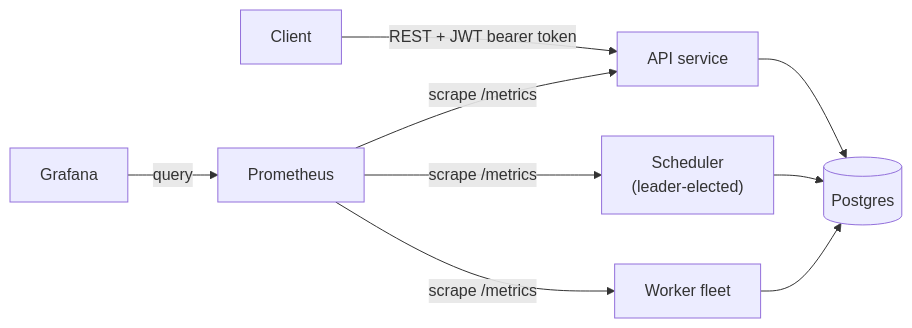
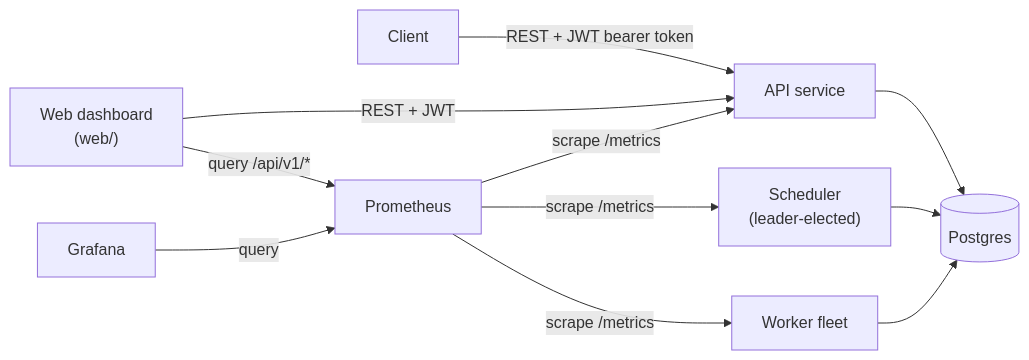
Before and after one commit to Manav0559/taskflow: the diagram in README.md, drawn with Mermaid. The commit also changed other lines of this file and 54 other files, not shown here.

First line of the commit message:
Add a React web dashboard for job/run management and cluster observability

````diff
--- a/README.md
+++ b/README.md
@@ -12,12 +12,14 @@
 ```mermaid
 flowchart LR
     Client -->|REST + JWT bearer token| API[API service]
+    Dashboard["Web dashboard<br/>(web/)"] -->|REST + JWT| API
     API --> PG[(Postgres)]
     Scheduler["Scheduler<br/>(leader-elected)"] --> PG
     Worker["Worker fleet"] --> PG
 
     Prometheus -->|scrape /metrics| API
     Prometheus -->|scrape /metrics| Scheduler
     Prometheus -->|scrape /metrics| Worker
     Grafana -->|query| Prometheus
+    Dashboard -->|query /api/v1/*| Prometheus
 ```
````
